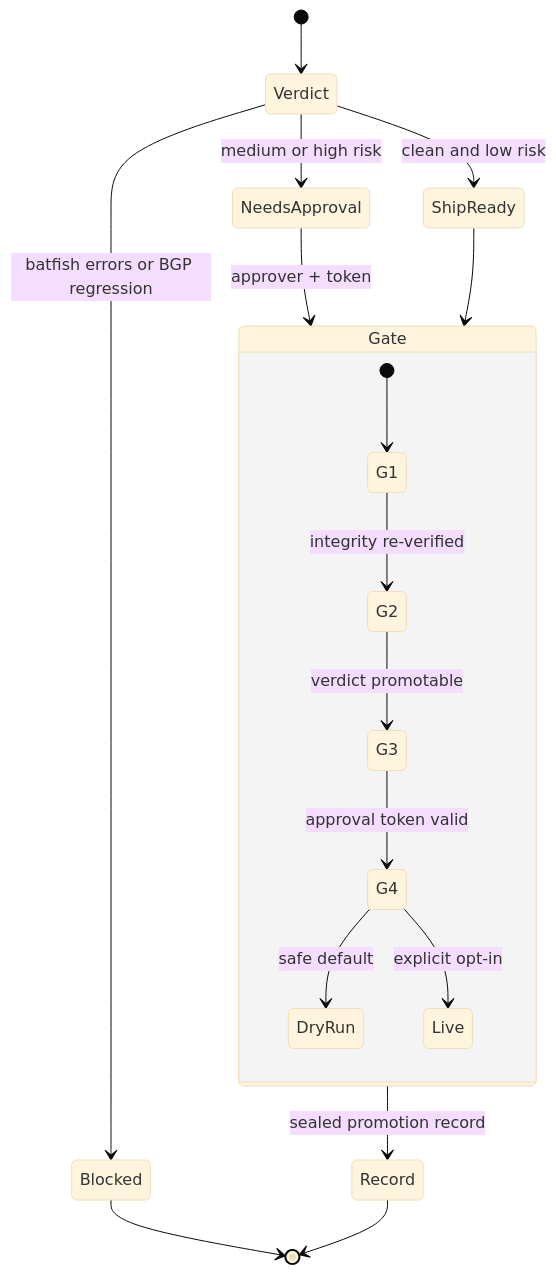
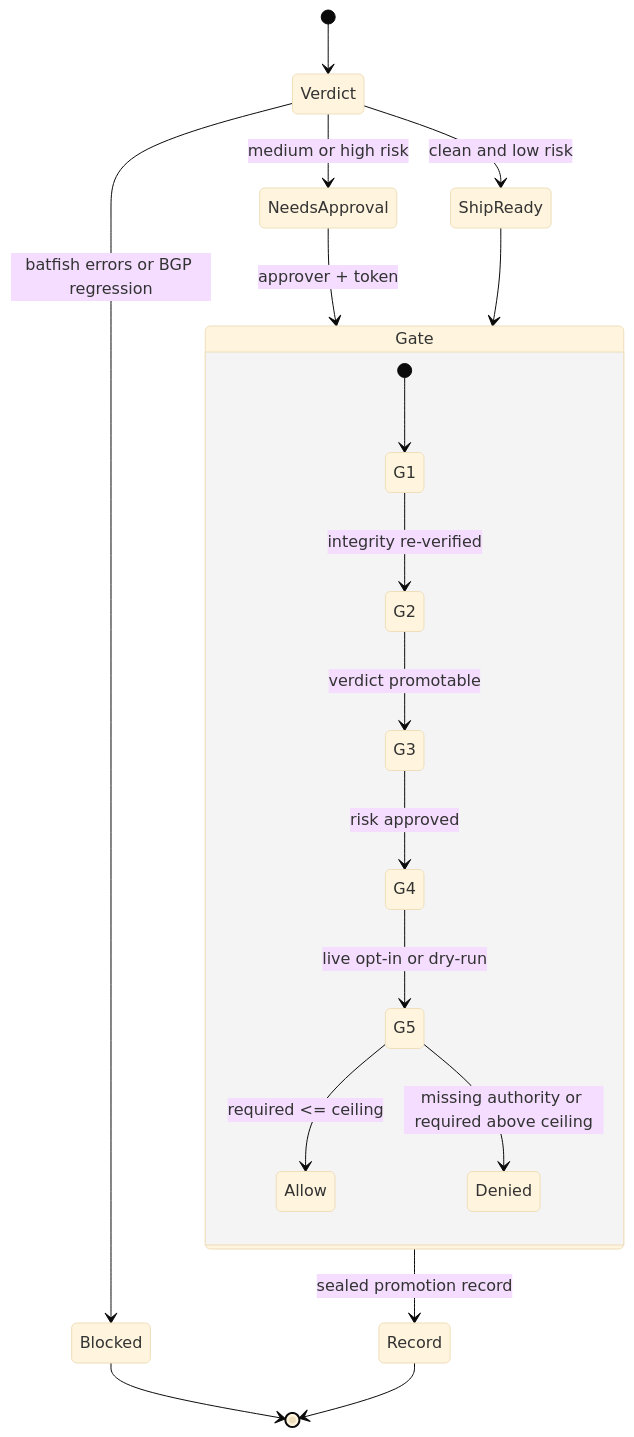
Before and after one commit to gesh75/aegis: the sixth of 6 diagrams in docs/ARCHITECTURE.md, drawn with Mermaid (base theme). The commit also changed other lines of this file and 6 other files, not shown here.

````diff
--- a/docs/ARCHITECTURE.md
+++ b/docs/ARCHITECTURE.md
@@ -256,22 +291,23 @@
 ```mermaid
 stateDiagram-v2
     [*] --> Verdict
     Verdict --> Blocked: batfish errors or BGP regression
     Verdict --> NeedsApproval: medium or high risk
     Verdict --> ShipReady: clean and low risk
 
     Blocked --> [*]
     NeedsApproval --> Gate: approver + token
     ShipReady --> Gate
 
     state Gate {
         [*] --> G1
         G1 --> G2: integrity re-verified
         G2 --> G3: verdict promotable
-        G3 --> G4: approval token valid
-        G4 --> DryRun: safe default
-        G4 --> Live: explicit opt-in
+        G3 --> G4: risk approved
+        G4 --> G5: live opt-in or dry-run
+        G5 --> Allow: required <= ceiling
+        G5 --> Denied: missing authority or required above ceiling
     }
     Gate --> Record: sealed promotion record
     Record --> [*]
 ```
````
